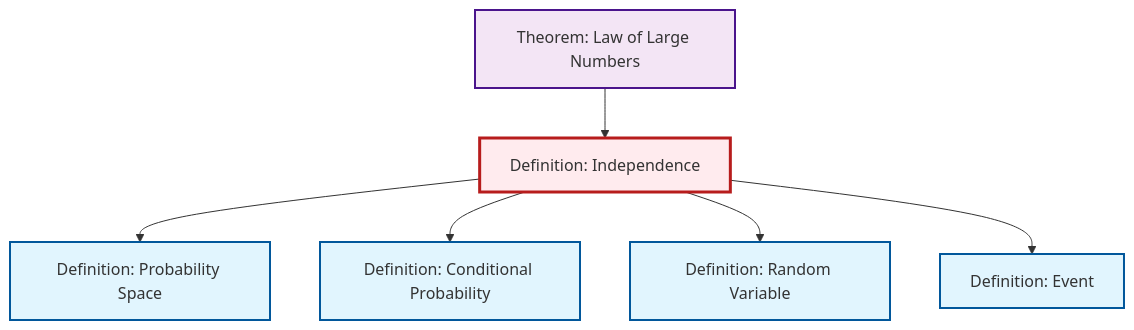
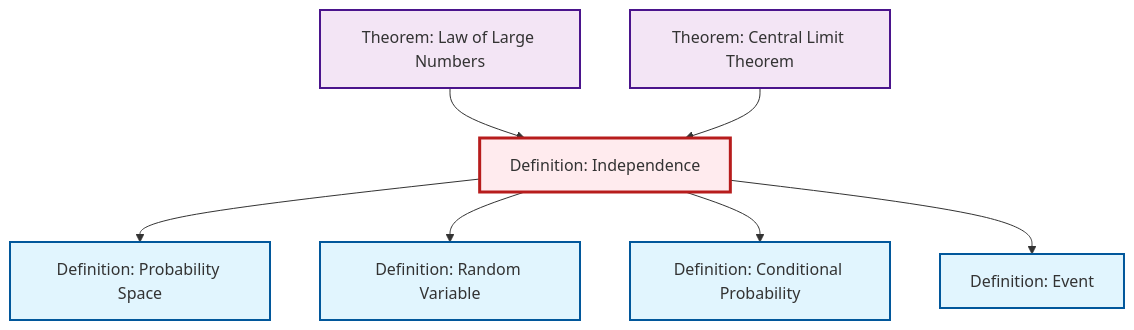
One commit to RK0429/ModernMath changed the diagram in content/en/probability-statistics/def-independence.qmd. Above: the diagram before and after it, drawn with Mermaid. The commit also changed other lines of this file and 491 other files, not shown here.

First line of the commit message:
feat: Add Central Limit Theorem article with comprehensive cross-references

````diff
--- a/content/en/probability-statistics/def-independence.qmd
+++ b/content/en/probability-statistics/def-independence.qmd
@@ -113,26 +113,29 @@
 ```{mermaid}
 %%| fig-cap: "Local dependency graph"
 graph TD
     classDef definition fill:#e1f5fe,stroke:#01579b,stroke-width:2px
     classDef theorem fill:#f3e5f5,stroke:#4a148c,stroke-width:2px
     classDef axiom fill:#fff3e0,stroke:#e65100,stroke-width:2px
     classDef example fill:#e8f5e9,stroke:#1b5e20,stroke-width:2px
     classDef current fill:#ffebee,stroke:#b71c1c,stroke-width:3px
+    def-conditional-probability["Definition: Conditional Probability"]:::definition
+    thm-central-limit["Theorem: Central Limit Theorem"]:::theorem
+    def-random-variable["Definition: Random Variable"]:::definition
+    thm-law-of-large-numbers["Theorem: Law of Large Numbers"]:::theorem
     def-independence["Definition: Independence"]:::definition
     def-probability-space["Definition: Probability Space"]:::definition
-    def-random-variable["Definition: Random Variable"]:::definition
-    thm-law-of-large-numbers["Theorem: Law of Large Numbers"]:::theorem
     def-event["Definition: Event"]:::definition
-    def-conditional-probability["Definition: Conditional Probability"]:::definition
     def-independence --> def-probability-space
+    thm-law-of-large-numbers --> def-independence
+    def-independence --> def-random-variable
     def-independence --> def-conditional-probability
-    def-independence --> def-random-variable
-    thm-law-of-large-numbers --> def-independence
     def-independence --> def-event
+    thm-central-limit --> def-independence
     class def-independence current
-    click def-probability-space "def-probability-space.html" "Go to Probability Space definition"
+    click def-conditional-probability "def-conditional-probability.html" "Go to Conditional Probability definition"
+    click thm-central-limit "thm-central-limit.html" "Go to Central Limit Theorem theorem"
     click def-random-variable "def-random-variable.html" "Go to Random Variable definition"
     click thm-law-of-large-numbers "thm-law-of-large-numbers.html" "Go to Law of Large Numbers theorem"
+    click def-probability-space "def-probability-space.html" "Go to Probability Space definition"
     click def-event "def-event.html" "Go to Event definition"
-    click def-conditional-probability "def-conditional-probability.html" "Go to Conditional Probability definition"
 ```
````
